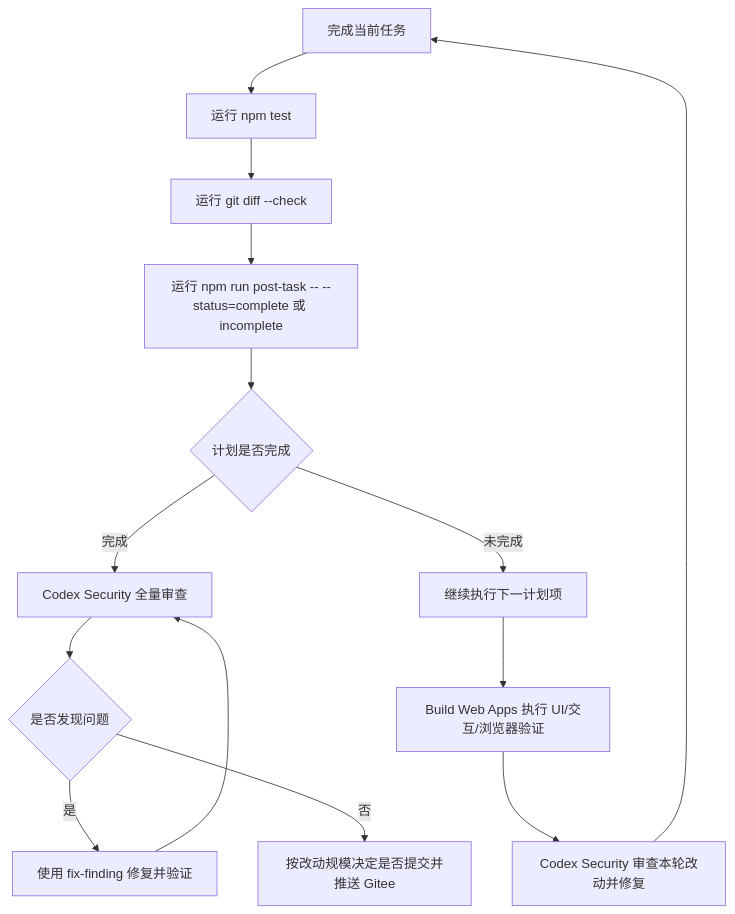
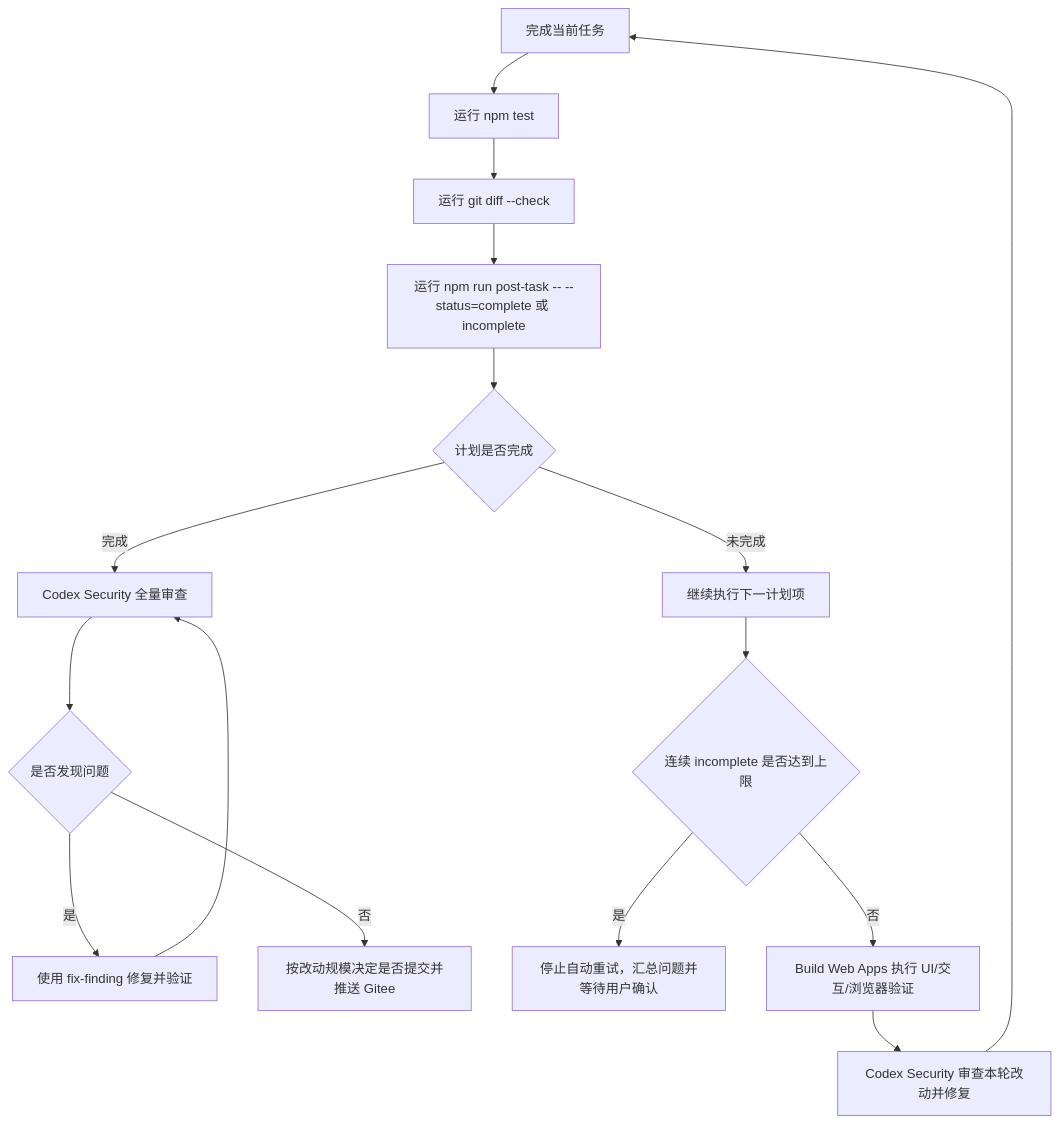
One commit to hugocat26-jpg/HEXCORE-2.0 changed the diagram in docs/12_任务后置钩子.md. Above: the diagram before and after it, drawn with Mermaid. The commit also changed other lines of this file and 21 other files, not shown here.

````diff
--- a/docs/12_任务后置钩子.md
+++ b/docs/12_任务后置钩子.md
@@ -12,16 +12,18 @@
 ```mermaid
 flowchart TD
   A["完成当前任务"] --> B["运行 npm test"]
   B --> C["运行 git diff --check"]
   C --> D["运行 npm run post-task -- --status=complete 或 incomplete"]
   D --> E{"计划是否完成"}
   E -->|"完成"| F["Codex Security 全量审查"]
   F --> G{"是否发现问题"}
   G -->|"是"| H["使用 fix-finding 修复并验证"]
   H --> F
   G -->|"否"| I["按改动规模决定是否提交并推送 Gitee"]
   E -->|"未完成"| J["继续执行下一计划项"]
-  J --> K["Build Web Apps 执行 UI/交互/浏览器验证"]
+  J --> M{"连续 incomplete 是否达到上限"}
+  M -->|"是"| N["停止自动重试，汇总问题并等待用户确认"]
+  M -->|"否"| K["Build Web Apps 执行 UI/交互/浏览器验证"]
   K --> L["Codex Security 审查本轮改动并修复"]
   L --> A
 ```
````
